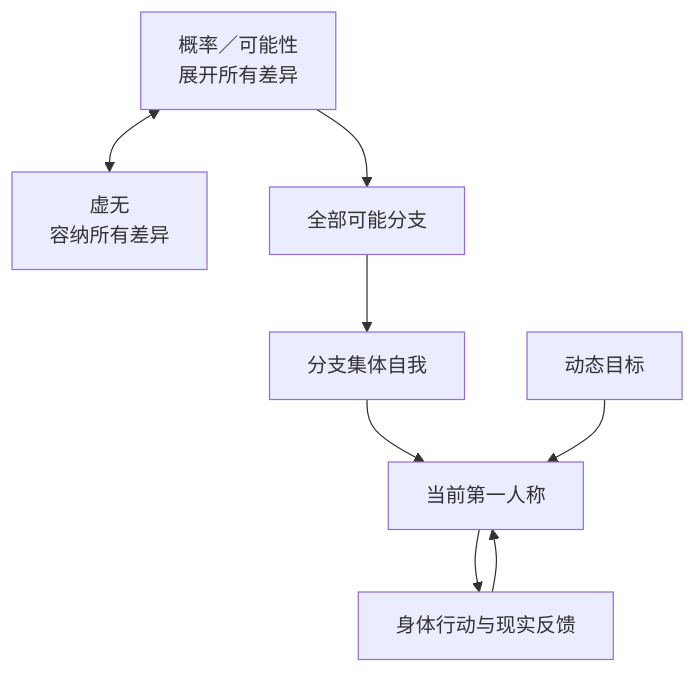
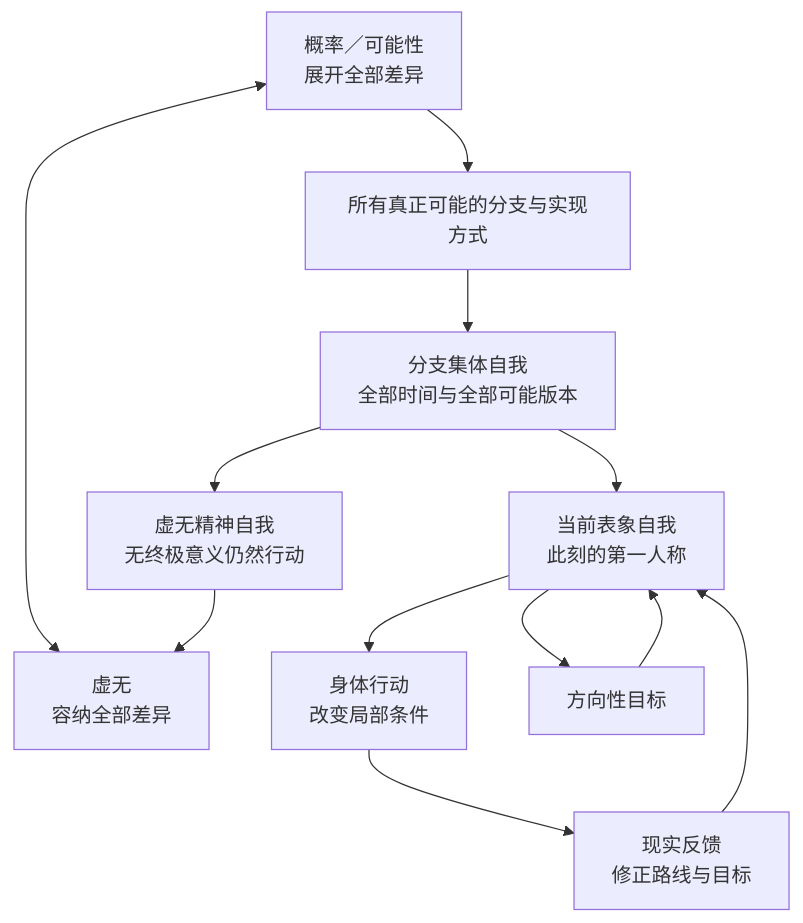
Before and after one commit to touensan/touen-circle-of-possibility: the diagram in README.md, drawn with Mermaid. The commit also changed other lines of this file and 7 other files, not shown here.

````diff
--- a/README.md
+++ b/README.md
@@ -57,10 +118,14 @@
 ```mermaid
-flowchart TD
-    PV["概率／可能性<br/>展开所有差异"] <--> V["虚无<br/>容纳所有差异"]
-    PV --> W["全部可能分支"]
-    W --> C["分支集体自我"]
-    C --> F["当前第一人称"]
-    G["动态目标"] --> F
-    F --> A["身体行动与现实反馈"]
-    A --> F
+flowchart TB
+    P["概率／可能性<br/>展开全部差异"] <--> V["虚无<br/>容纳全部差异"]
+    P --> W["所有真正可能的分支与实现方式"]
+    W --> C["分支集体自我<br/>全部时间与全部可能版本"]
+    C --> S["当前表象自我<br/>此刻的第一人称"]
+    S --> B["身体行动<br/>改变局部条件"]
+    B --> F["现实反馈<br/>修正路线与目标"]
+    F --> S
+    S --> G["方向性目标"]
+    G --> S
+    C --> N["虚无精神自我<br/>无终极意义仍然行动"]
+    N --> V
 ```
````
